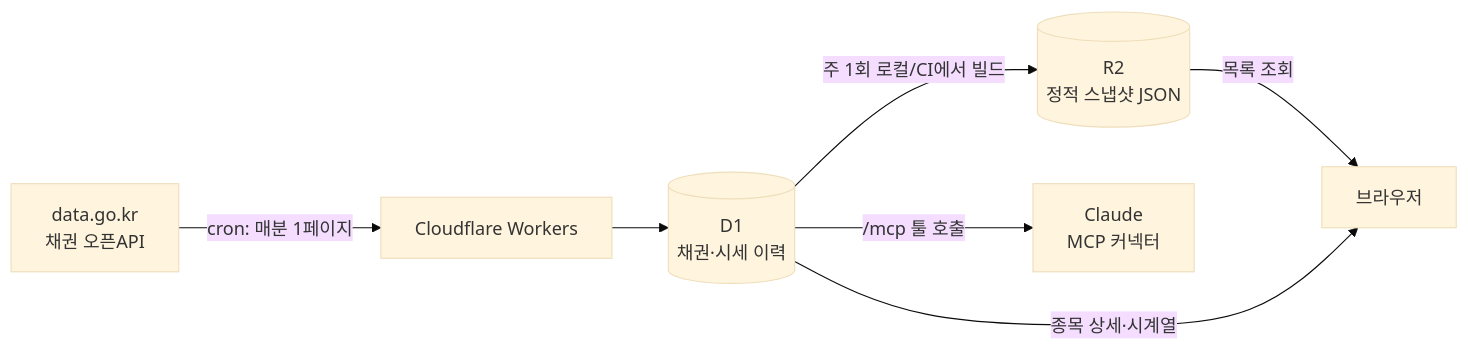
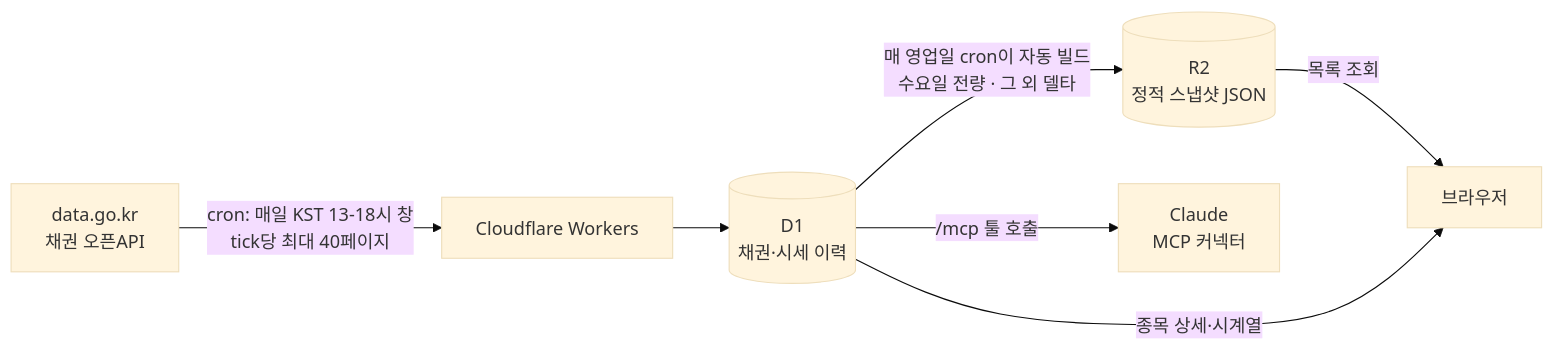
One commit to PtCookie/bond-screener changed the diagram in README.md. Above: the diagram before and after it, drawn with Mermaid (base theme). The commit also changed other lines of this file, not shown here.

````diff
--- a/README.md
+++ b/README.md
@@ -11,9 +11,9 @@
 ```mermaid
 flowchart LR
-    API[data.go.kr<br/>채권 오픈API] -->|cron: 매분 1페이지| W[Cloudflare Workers]
+    API[data.go.kr<br/>채권 오픈API] -->|cron: 매일 KST 13-18시 창<br/>tick당 최대 40페이지| W[Cloudflare Workers]
     W --> D1[(D1<br/>채권·시세 이력)]
-    D1 -->|주 1회 로컬/CI에서 빌드| R2[(R2<br/>정적 스냅샷 JSON)]
+    D1 -->|매 영업일 cron이 자동 빌드<br/>수요일 전량 · 그 외 델타| R2[(R2<br/>정적 스냅샷 JSON)]
     R2 -->|목록 조회| C[브라우저]
     D1 -->|종목 상세·시계열| C
     D1 -->|/mcp 툴 호출| M[Claude<br/>MCP 커넥터]
 ```
````
